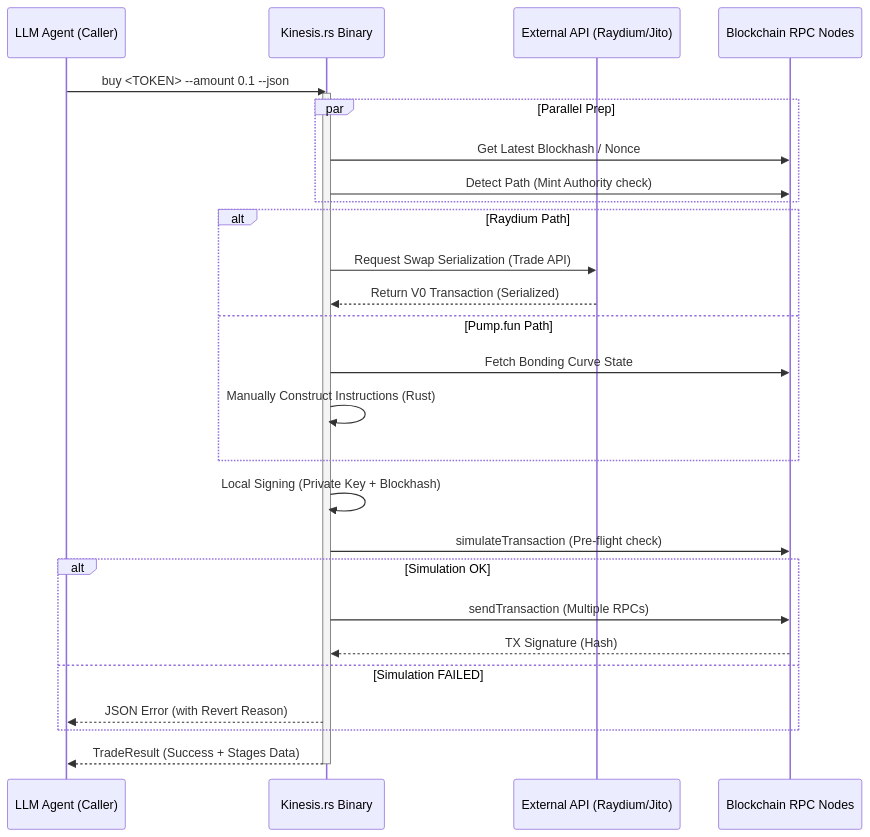
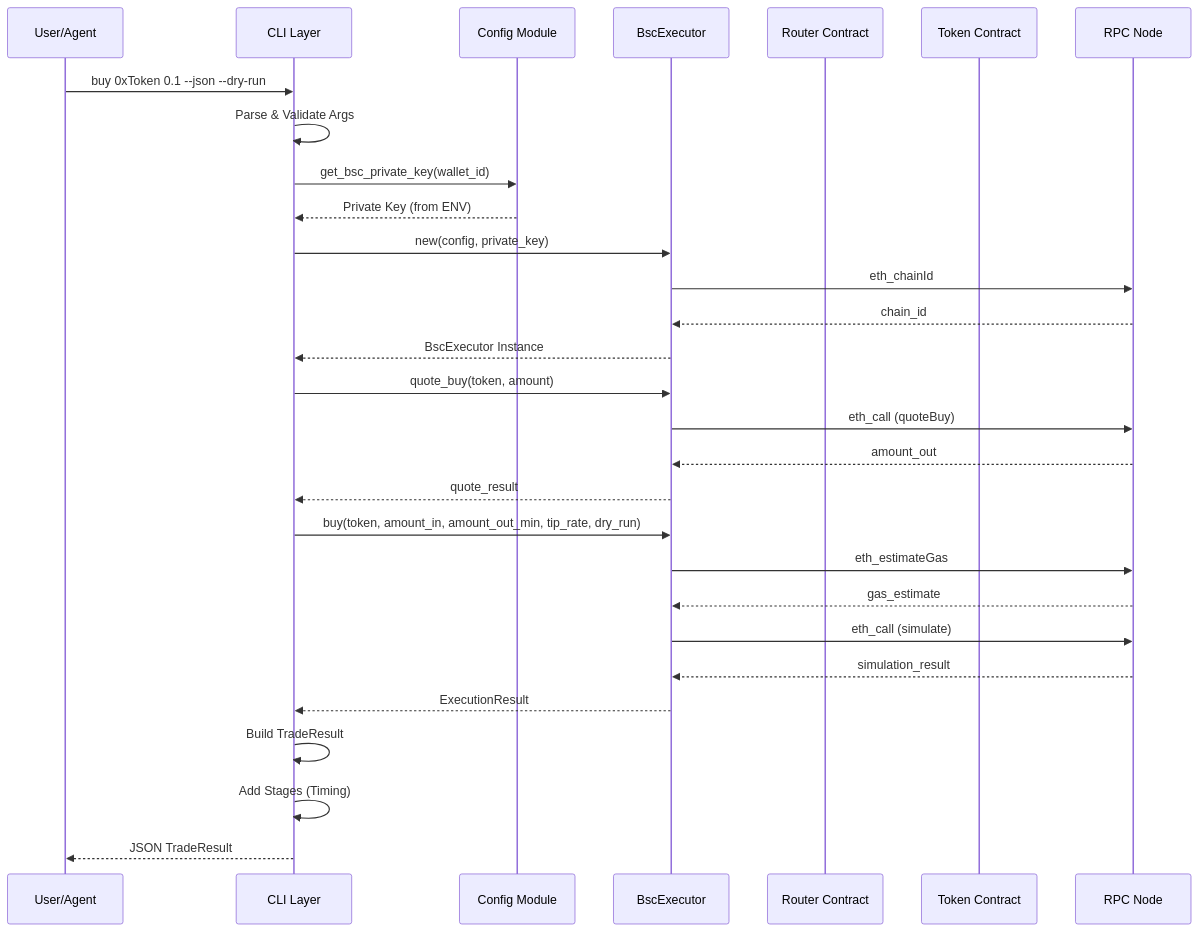
Before and after one commit to iweb3insight/KinesisRS: the fifth of 14 diagrams in docs/architecture.md, drawn with Mermaid. The commit also changed other lines of this file and 8 other files, not shown here.

````diff
--- a/docs/architecture.md
+++ b/docs/architecture.md
@@ -64,37 +257,38 @@
 ```mermaid
 sequenceDiagram
-    participant Agent as LLM Agent (Caller)
-    participant CLI as Kinesis.rs Binary
-    participant API as External API (Raydium/Jito)
-    participant RPC as Blockchain RPC Nodes
+    participant User as User/Agent
+    participant CLI as CLI Layer
+    participant Config as Config Module
+    participant Executor as BscExecutor
+    participant Router as Router Contract
+    participant Token as Token Contract
+    participant RPC as RPC Node
 
-    Agent->>CLI: buy <TOKEN> --amount 0.1 --json
-    activate CLI
+    User->>CLI: buy 0xToken 0.1 --json --dry-run
+    CLI->>CLI: Parse & Validate Args
     
-    par Parallel Prep
-        CLI->>RPC: Get Latest Blockhash / Nonce
-        CLI->>RPC: Detect Path (Mint Authority check)
-    end
-
-    alt Raydium Path
-        CLI->>API: Request Swap Serialization (Trade API)
-        API-->>CLI: Return V0 Transaction (Serialized)
-    else Pump.fun Path
-        CLI->>RPC: Fetch Bonding Curve State
-        CLI->>CLI: Manually Construct Instructions (Rust)
-    end
-
-    CLI->>CLI: Local Signing (Private Key + Blockhash)
+    CLI->>Config: get_bsc_private_key(wallet_id)
+    Config-->>CLI: Private Key (from ENV)
     
-    CLI->>RPC: simulateTransaction (Pre-flight check)
+    CLI->>Executor: new(config, private_key)
+    Executor->>RPC: eth_chainId
+    RPC-->>Executor: chain_id
+    Executor-->>CLI: BscExecutor Instance
     
-    alt Simulation OK
-        CLI->>RPC: sendTransaction (Multiple RPCs)
-        RPC-->>CLI: TX Signature (Hash)
-    else Simulation FAILED
-        CLI-->>Agent: JSON Error (with Revert Reason)
-    end
-
-    CLI-->>Agent: TradeResult (Success + Stages Data)
-    deactivate CLI
+    CLI->>Executor: quote_buy(token, amount)
+    Executor->>RPC: eth_call (quoteBuy)
+    RPC-->>Executor: amount_out
+    Executor-->>CLI: quote_result
+    
+    CLI->>Executor: buy(token, amount_in, amount_out_min, tip_rate, dry_run)
+    Executor->>RPC: eth_estimateGas
+    RPC-->>Executor: gas_estimate
+    Executor->>RPC: eth_call (simulate)
+    RPC-->>Executor: simulation_result
+    
+    Executor-->>CLI: ExecutionResult
+    
+    CLI->>CLI: Build TradeResult
+    CLI->>CLI: Add Stages (Timing)
+    CLI-->>User: JSON TradeResult
 ```
````
